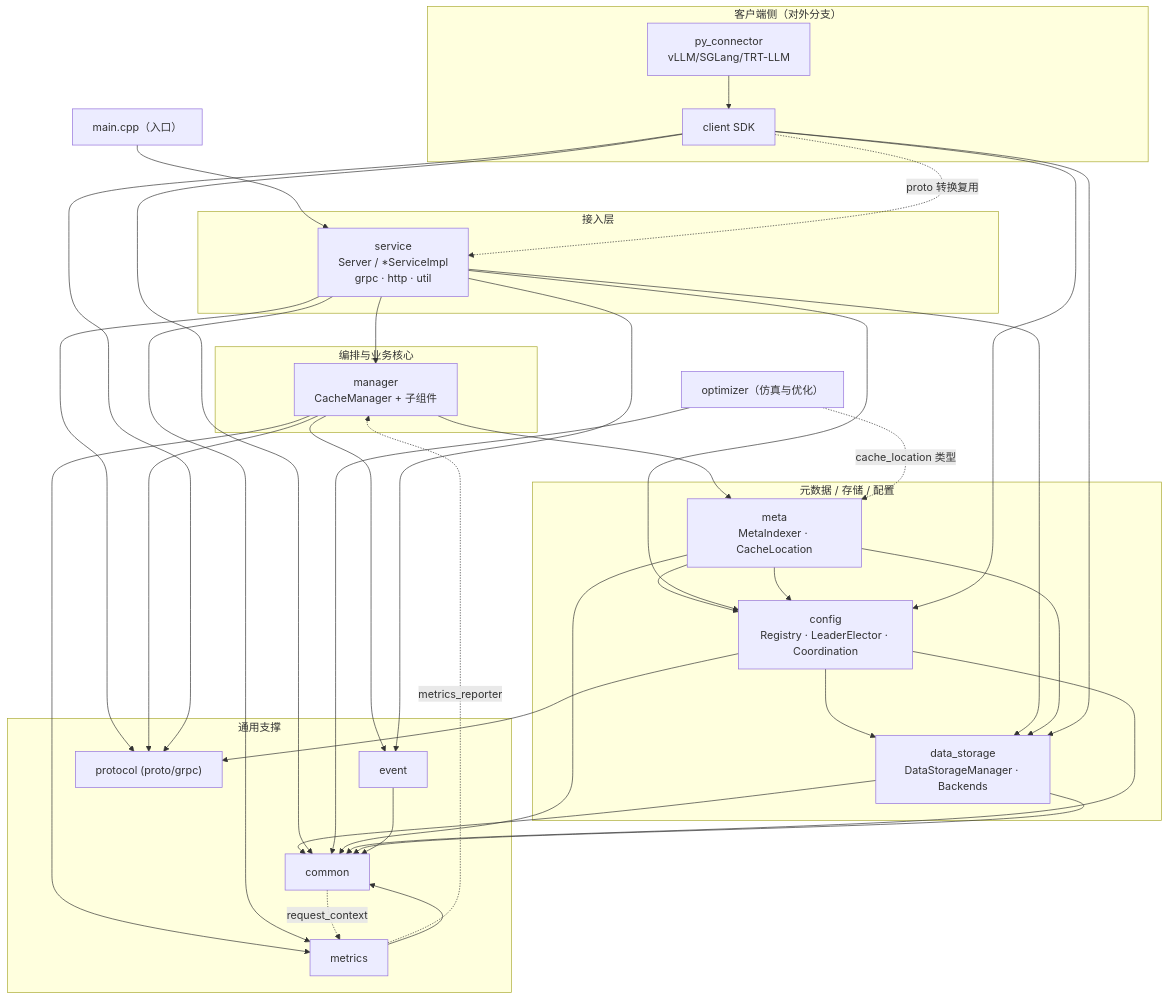
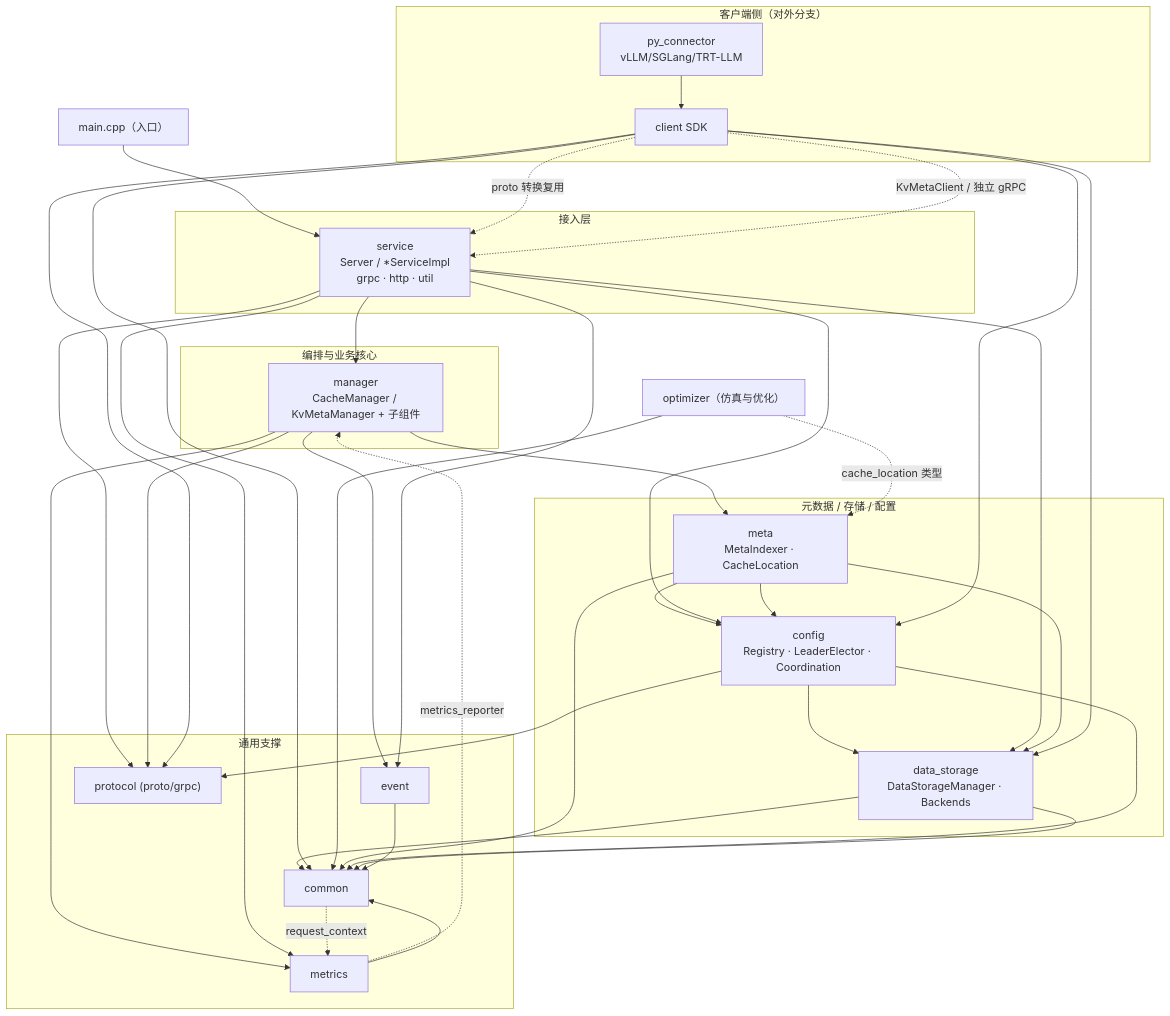
One commit to alibaba/tair-kvcache changed the first of 3 diagrams in docs/design/module_architecture.md. Above: the diagram before and after it, drawn with Mermaid. The commit also changed other lines of this file and 42 other files, not shown here.

Commit message:
[manager] add isolated variable-size KVMeta service

````diff
--- a/docs/design/module_architecture.md
+++ b/docs/design/module_architecture.md
@@ -104,71 +104,72 @@
 ```mermaid
 flowchart TD
     main["main.cpp（入口）"]
 
     subgraph access["接入层"]
         service["service<br/>Server / *ServiceImpl<br/>grpc · http · util"]
     end
 
     subgraph core["编排与业务核心"]
-        manager["manager<br/>CacheManager + 子组件"]
+        manager["manager<br/>CacheManager / KvMetaManager + 子组件"]
     end
 
     subgraph dataplane["元数据 / 存储 / 配置"]
         meta["meta<br/>MetaIndexer · CacheLocation"]
         config["config<br/>Registry · LeaderElector · Coordination"]
         data_storage["data_storage<br/>DataStorageManager · Backends"]
     end
 
     subgraph crosscut["通用支撑"]
         metrics["metrics"]
         event["event"]
         protocol["protocol (proto/grpc)"]
         common["common"]
     end
 
     subgraph clientside["客户端侧（对外分支）"]
         client["client SDK"]
         py_connector["py_connector<br/>vLLM/SGLang/TRT-LLM"]
     end
 
     optimizer["optimizer（仿真与优化）"]
 
     %% 核心下降链（控制流）
     main --> service --> manager --> meta --> config --> data_storage --> common
 
     %% 通用支撑依赖
     manager --> event
     manager --> metrics
     service --> metrics
     service --> event
     service --> config
     service --> data_storage
     service --> protocol
     manager --> protocol
     config --> protocol
     meta --> config
     meta --> data_storage
 
     %% 有意的反向边（近似环，见 3.2）
     common -. request_context .-> metrics
     metrics -. metrics_reporter .-> manager
 
     %% 客户端分支
     py_connector --> client
     client --> config
     client --> data_storage
     client --> protocol
     client --> common
     client -. proto 转换复用 .-> service
+    client -. KvMetaClient / 独立 gRPC .-> service
 
     %% optimizer 的关联
     optimizer -. cache_location 类型 .-> meta
     optimizer --> common
 
     %% 底层通用模块被广泛依赖
     meta --> common
     config --> common
     data_storage --> common
     metrics --> common
     event --> common
 ```
````
